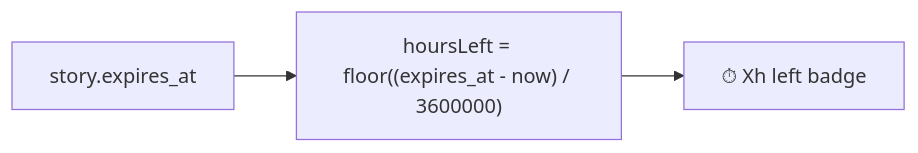
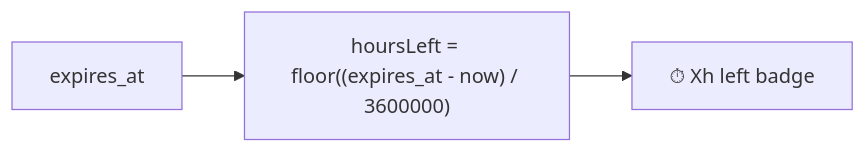
Before and after one commit to FEATHERS-GROUP/agatike-connect: diagram 42 of 57 in README.md, drawn with Mermaid. The commit also changed other lines of this file, not shown here.

````diff
--- a/README.md
+++ b/README.md
@@ -1292,5 +1292,5 @@
 ```mermaid
 flowchart LR
-    story.expires_at --> hoursLeft["hoursLeft = floor((expires_at - now) / 3600000)"]
+    expires_at --> hoursLeft["hoursLeft = floor((expires_at - now) / 3600000)"]
     hoursLeft --> badge["⏱ Xh left badge"]
 ```
````
